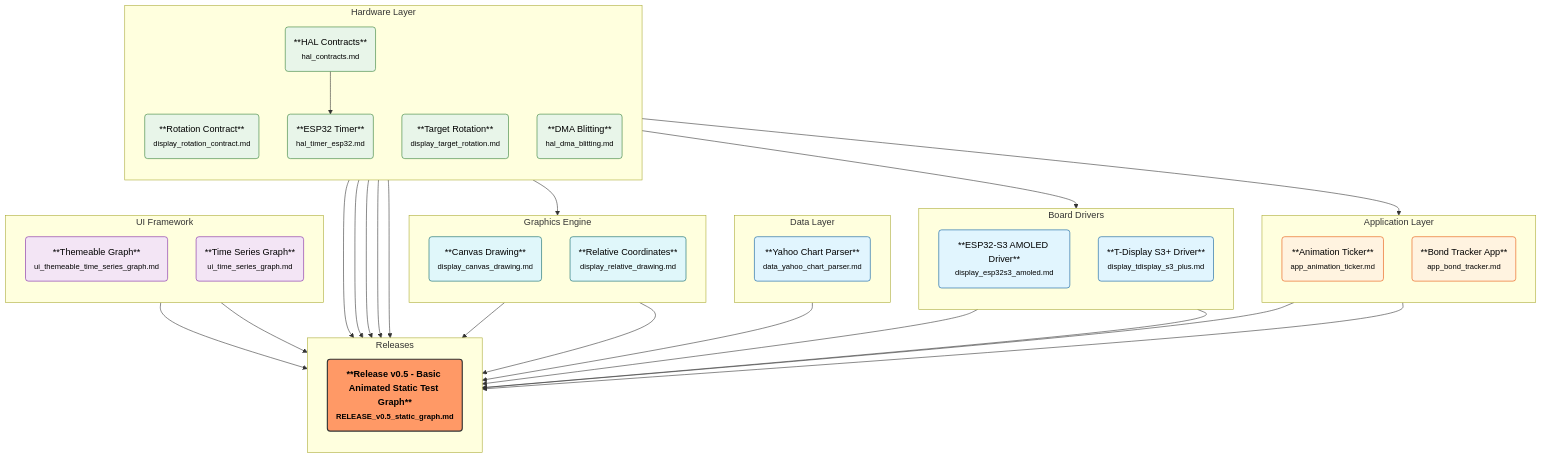
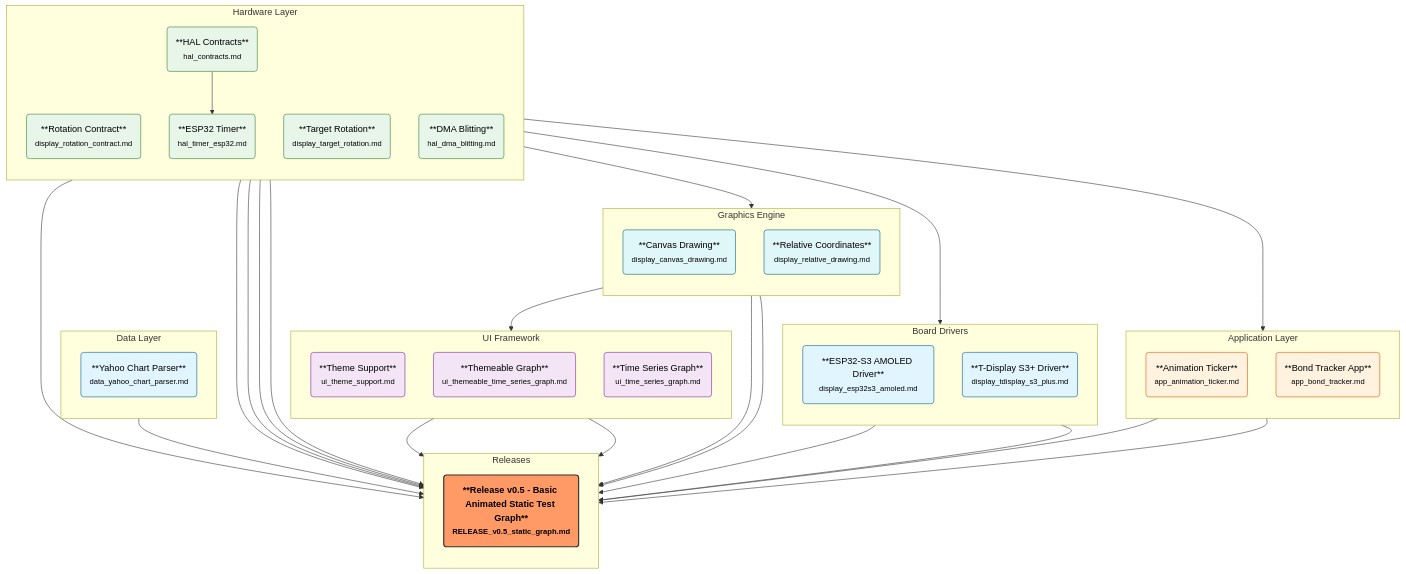
The diagram in feature_graph.mmd (rlabarca/LPad), drawn with Mermaid before and after one commit. The commit also changed 3 other files, not shown here.

Commit message:
chore(process): Define UI Theme Support feature and font generation script

```diff
--- a/feature_graph.mmd
+++ b/feature_graph.mmd
@@ -1,71 +1,73 @@
 graph TD
     %% Styling
     classDef default fill:#e1f5fe,stroke:#01579b,stroke-width:1px,color:black;
     classDef release fill:#f96,stroke:#333,stroke-width:2px,color:black,font-weight:bold;
     classDef hardware fill:#e8f5e9,stroke:#2e7d32,stroke-width:1px,color:black;
     classDef ui fill:#f3e5f5,stroke:#7b1fa2,stroke-width:1px,color:black;
     classDef app fill:#fff3e0,stroke:#e65100,stroke-width:1px,color:black;
     classDef graphics fill:#e0f7fa,stroke:#006064,stroke-width:1px,color:black;
 
     subgraph Application_Layer ["Application Layer"]
         direction TB
         app_animation_ticker("**Animation Ticker**<br/><small>app_animation_ticker.md</small>"):::app
         app_bond_tracker("**Bond Tracker App**<br/><small>app_bond_tracker.md</small>"):::app
     end
 
     subgraph Board_Drivers ["Board Drivers"]
         direction TB
         display_esp32s3_amoled("**ESP32-S3 AMOLED Driver**<br/><small>display_esp32s3_amoled.md</small>")
         display_tdisplay_s3_plus("**T-Display S3+ Driver**<br/><small>display_tdisplay_s3_plus.md</small>")
     end
 
     subgraph Data_Layer ["Data Layer"]
         direction TB
         data_yahoo_chart_parser("**Yahoo Chart Parser**<br/><small>data_yahoo_chart_parser.md</small>")
     end
 
     subgraph Graphics_Engine ["Graphics Engine"]
         direction TB
         display_canvas_drawing("**Canvas Drawing**<br/><small>display_canvas_drawing.md</small>"):::graphics
         display_relative_drawing("**Relative Coordinates**<br/><small>display_relative_drawing.md</small>"):::graphics
     end
 
     subgraph Hardware_Layer ["Hardware Layer"]
         direction TB
         display_rotation_contract("**Rotation Contract**<br/><small>display_rotation_contract.md</small>"):::hardware
         display_target_rotation("**Target Rotation**<br/><small>display_target_rotation.md</small>"):::hardware
         hal_contracts("**HAL Contracts**<br/><small>hal_contracts.md</small>"):::hardware
         hal_dma_blitting("**DMA Blitting**<br/><small>hal_dma_blitting.md</small>"):::hardware
         hal_timer_esp32("**ESP32 Timer**<br/><small>hal_timer_esp32.md</small>"):::hardware
     end
 
     subgraph Releases ["Releases"]
         direction TB
         RELEASE_v0_5_static_graph("**Release v0.5 - Basic Animated Static Test Graph**<br/><small>RELEASE_v0.5_static_graph.md</small>"):::release
     end
 
     subgraph UI_Framework ["UI Framework"]
         direction TB
+        ui_theme_support("**Theme Support**<br/><small>ui_theme_support.md</small>"):::ui
         ui_themeable_time_series_graph("**Themeable Graph**<br/><small>ui_themeable_time_series_graph.md</small>"):::ui
         ui_time_series_graph("**Time Series Graph**<br/><small>ui_time_series_graph.md</small>"):::ui
     end
 
     %% Relationships
     hal_contracts --> RELEASE_v0_5_static_graph
     hal_timer_esp32 --> RELEASE_v0_5_static_graph
     hal_dma_blitting --> RELEASE_v0_5_static_graph
     display_rotation_contract --> RELEASE_v0_5_static_graph
     display_target_rotation --> RELEASE_v0_5_static_graph
     display_esp32s3_amoled --> RELEASE_v0_5_static_graph
     display_tdisplay_s3_plus --> RELEASE_v0_5_static_graph
     display_canvas_drawing --> RELEASE_v0_5_static_graph
     display_relative_drawing --> RELEASE_v0_5_static_graph
     data_yahoo_chart_parser --> RELEASE_v0_5_static_graph
     app_animation_ticker --> RELEASE_v0_5_static_graph
     ui_time_series_graph --> RELEASE_v0_5_static_graph
     ui_themeable_time_series_graph --> RELEASE_v0_5_static_graph
     app_bond_tracker --> RELEASE_v0_5_static_graph
     hal_contracts --> app_animation_ticker
     hal_contracts --> display_canvas_drawing
     hal_contracts --> display_tdisplay_s3_plus
     hal_contracts --> hal_timer_esp32
+    display_canvas_drawing --> ui_theme_support
```
